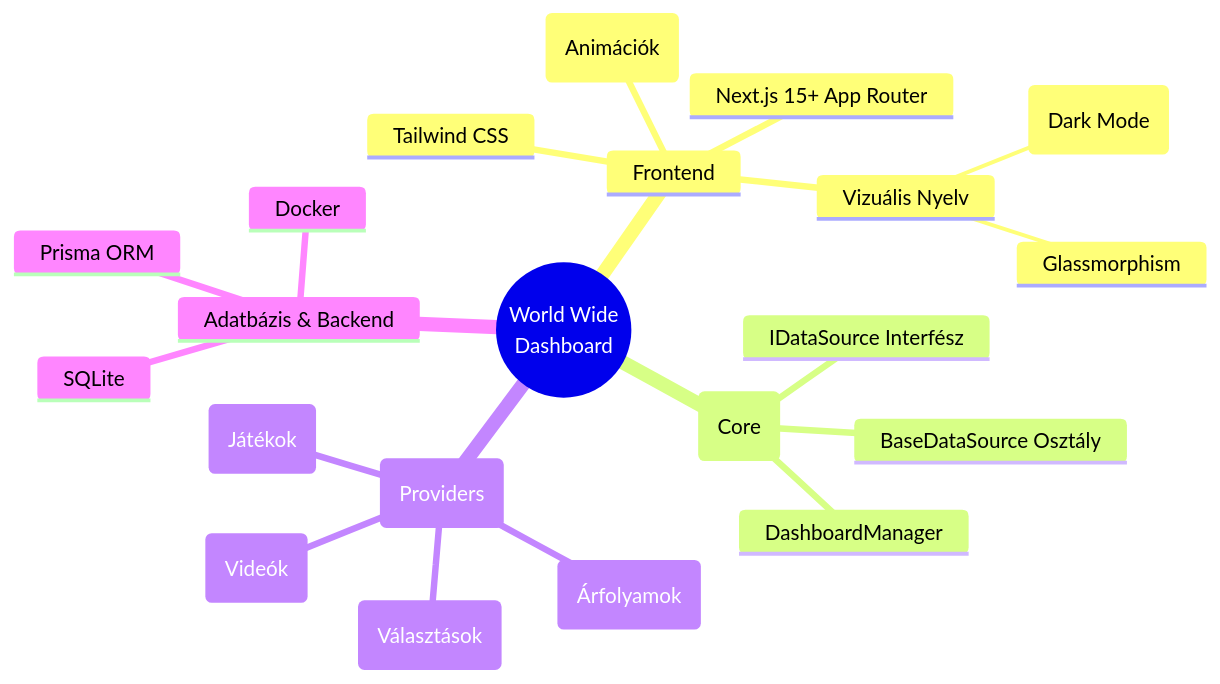
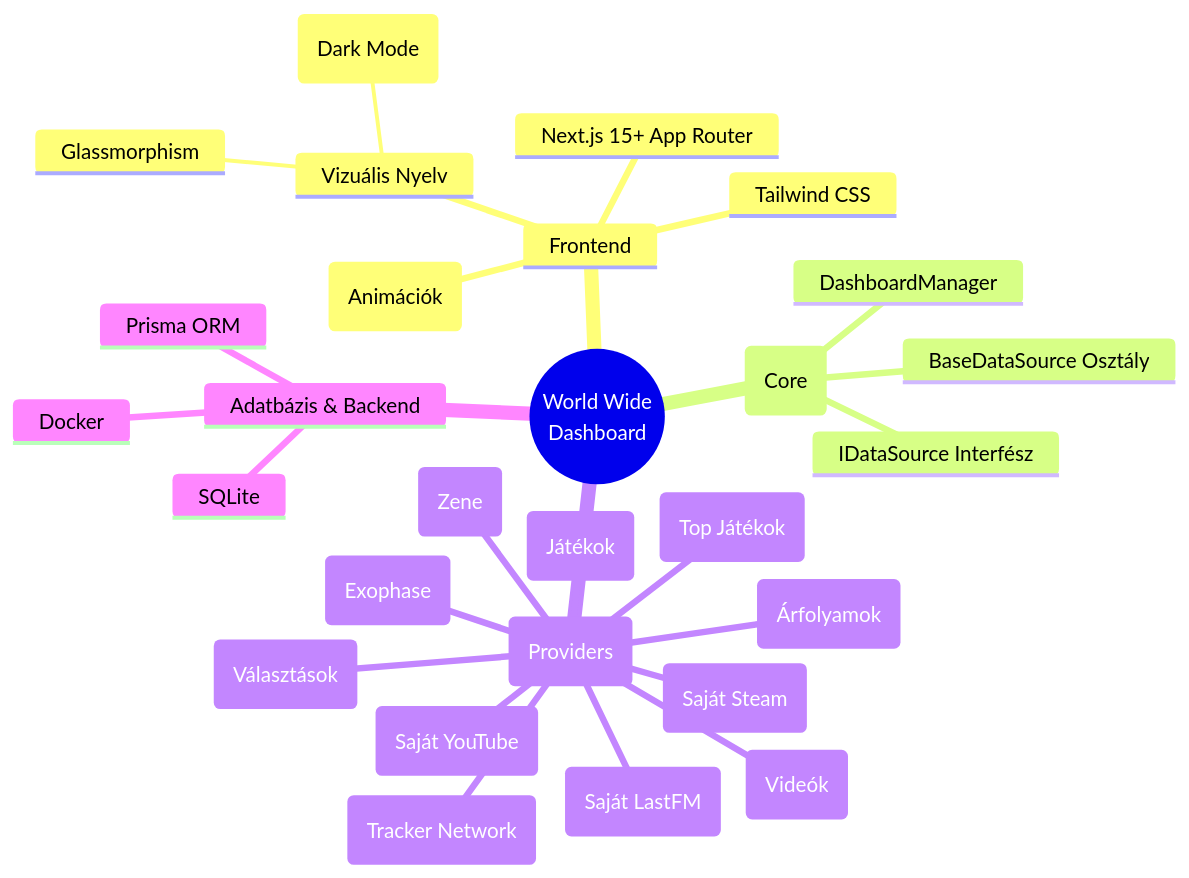
One commit to CsPS0/WorldWideDashBoard changed the diagram in docs/UML/MINDMAP.md. Above: the diagram before and after it, drawn with Mermaid. The commit also changed 66 other files, not shown here.

````diff
--- a/docs/UML/MINDMAP.md
+++ b/docs/UML/MINDMAP.md
@@ -4,25 +4,32 @@
 ```mermaid
 mindmap
   root((World Wide
     Dashboard))
     Frontend
       Next.js 15+ App Router
       Tailwind CSS
       Anime.js (Animációk)
       Vizuális Nyelv
         Glassmorphism
         Sötét Téma (Dark Mode)
     Architektúra (Core)
       DashboardManager
       IDataSource Interfész
       BaseDataSource Osztály
     Adatforrások (Providers)
       SteamProvider (Játékok)
       YouTubeProvider (Videók)
       PoliticsProvider (Választások)
       FinanceProvider (Árfolyamok)
+      MusicProvider (Zene)
+      TRNProvider (Tracker Network)
+      ExophaseProvider (Exophase)
+      SteamPersonalProvider (Saját Steam)
+      LastFmPersonalProvider (Saját LastFM)
+      YouTubePersonalProvider (Saját YouTube)
+      SteamTopGamesProvider (Top Játékok)
     Adatbázis & Backend
       Prisma ORM
       SQLite
       Docker
 ```
````
